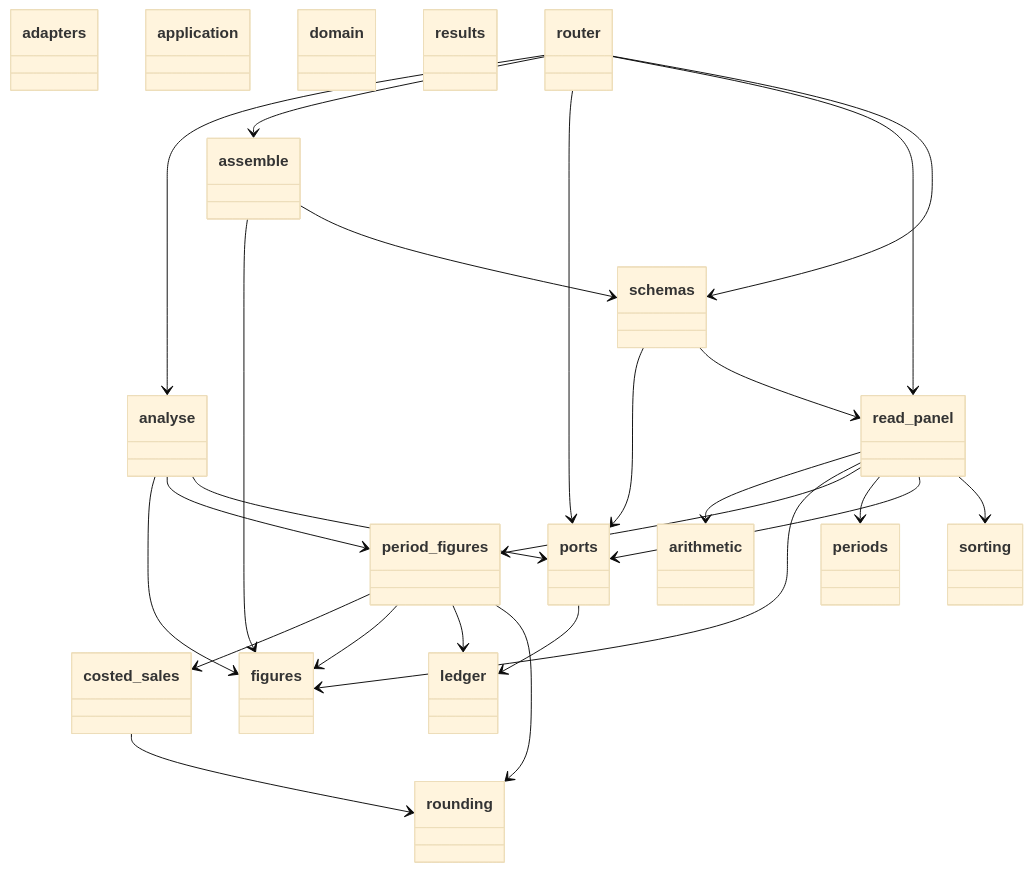
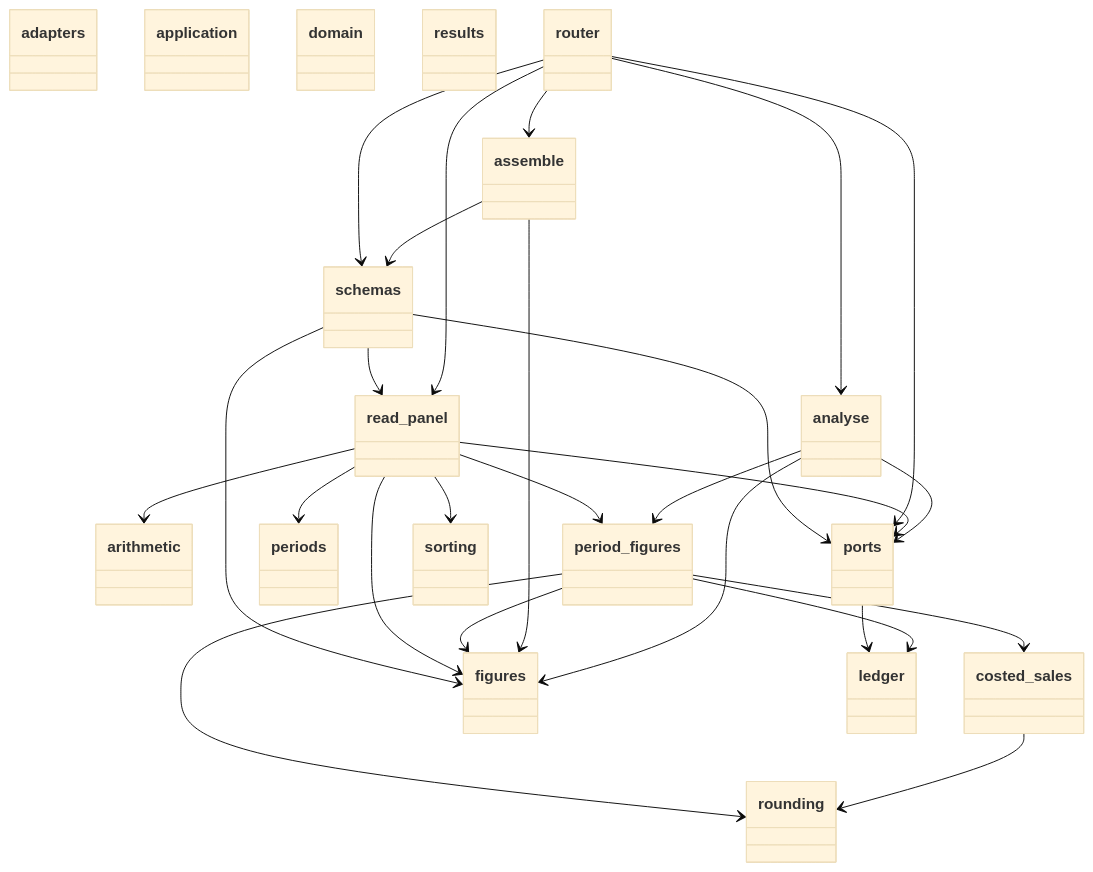
One commit to GonzaloZevallos/apostrophe changed the first of 4 diagrams in docs/architecture/generated/classes/results.md. Above: the diagram before and after it, drawn with Mermaid (base theme). The commit also changed other lines of this file and 11 other files, not shown here.

````diff
--- a/docs/architecture/generated/classes/results.md
+++ b/docs/architecture/generated/classes/results.md
@@ -7,63 +7,64 @@
 ```mermaid
 classDiagram
   class adapters {
   }
   class analyse {
   }
   class application {
   }
   class arithmetic {
   }
   class assemble {
   }
   class costed_sales {
   }
   class domain {
   }
   class figures {
   }
   class ledger {
   }
   class period_figures {
   }
   class periods {
   }
   class ports {
   }
   class read_panel {
   }
   class results {
   }
   class rounding {
   }
   class router {
   }
   class schemas {
   }
   class sorting {
   }
   analyse --> figures
   analyse --> period_figures
   analyse --> ports
   assemble --> figures
   assemble --> schemas
   costed_sales --> rounding
   period_figures --> costed_sales
   period_figures --> figures
   period_figures --> ledger
   period_figures --> rounding
   ports --> ledger
   read_panel --> arithmetic
   read_panel --> figures
   read_panel --> period_figures
   read_panel --> periods
   read_panel --> ports
   read_panel --> sorting
   router --> analyse
   router --> assemble
   router --> ports
   router --> read_panel
   router --> schemas
+  schemas --> figures
   schemas --> ports
   schemas --> read_panel
 ```
````
